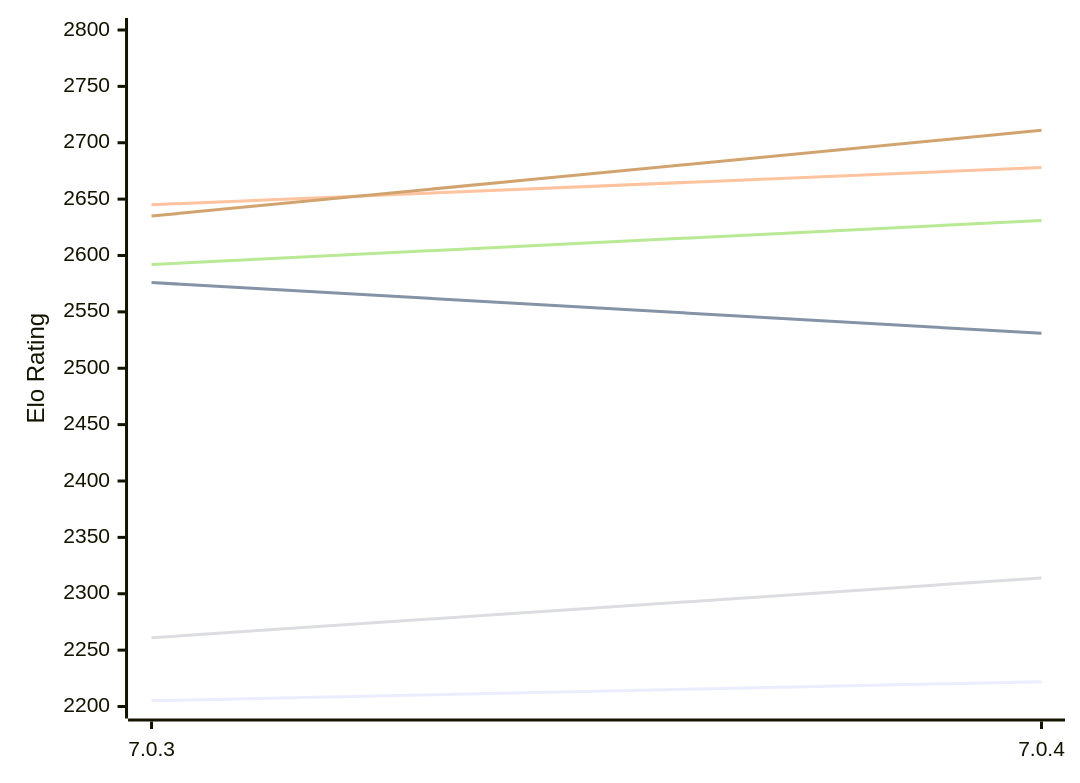
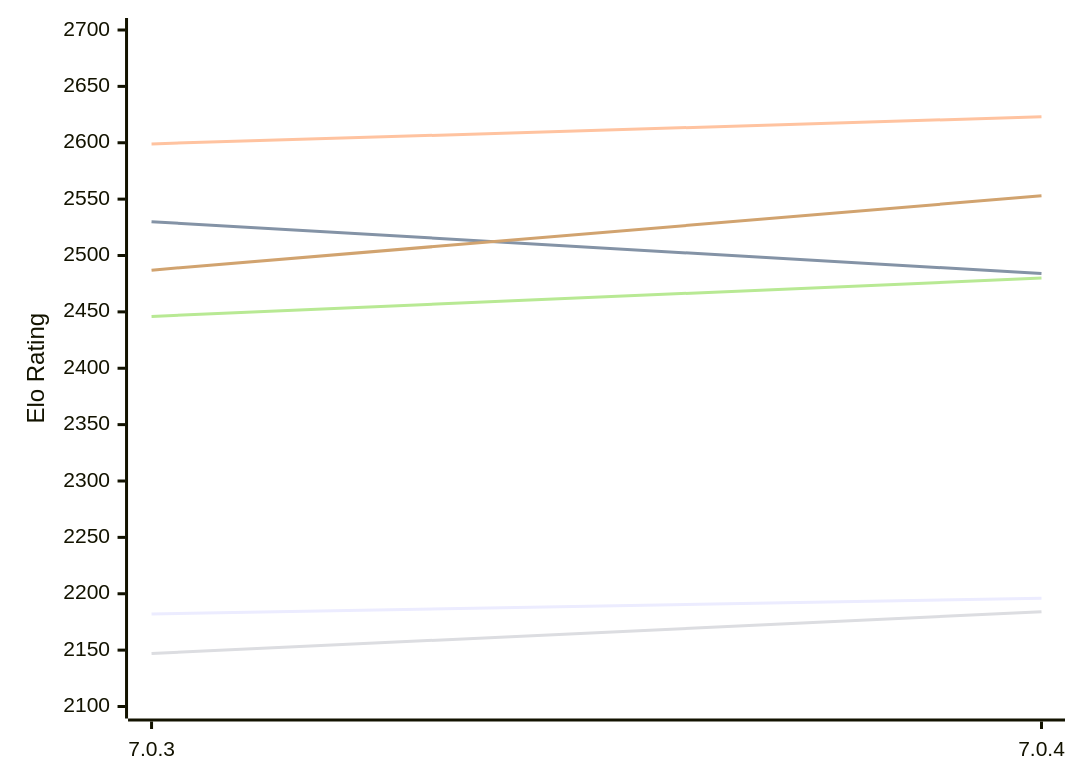
Before and after one commit to computer-chess-index/cci: the diagram in engines/Buster.md, drawn with Mermaid. The commit also changed other lines of this file, not shown here.

Commit message:
Update CCI Ratings (ELO VLTC) - 2026-11-13

````diff
--- a/engines/Buster.md
+++ b/engines/Buster.md
@@ -49,12 +49,12 @@
 ```mermaid
 %%{init: {"theme":"base","themeVariables":{"seriesColors:['#a3a3a3','#222221','#faa371']}}}%%
 xychart-beta
   x-axis ["7.0.3", "7.0.4"]
-  y-axis "Elo Rating" 2200 --> 2800
-  line "E1: STC (8.0+0.08s)" [2205, 2222]
-  line "E1: LTC (60.0+0.60s)" [2576, 2531]
-  line "E1: VLTC (2m24s+1.12s)" [2645, 2678]
-  line "P1: STC (8.0+0.08s)" [2261, 2314]
-  line "P1: LTC (60.0+0.60s)" [2592, 2631]
-  line "P1: VLTC (2m24s+1.12s)" [2635, 2711]
+  y-axis "Elo Rating" 2100 --> 2700
+  line "E1: STC (8.0+0.08s)" [2182, 2196]
+  line "E1: LTC (60.0+0.60s)" [2530, 2484]
+  line "E1: VLTC (2m24s+1.12s)" [2599, 2623]
+  line "P1: STC (8.0+0.08s)" [2147, 2184]
+  line "P1: LTC (60.0+0.60s)" [2446, 2480]
+  line "P1: VLTC (2m24s+1.12s)" [2487, 2553]
 ```
````
